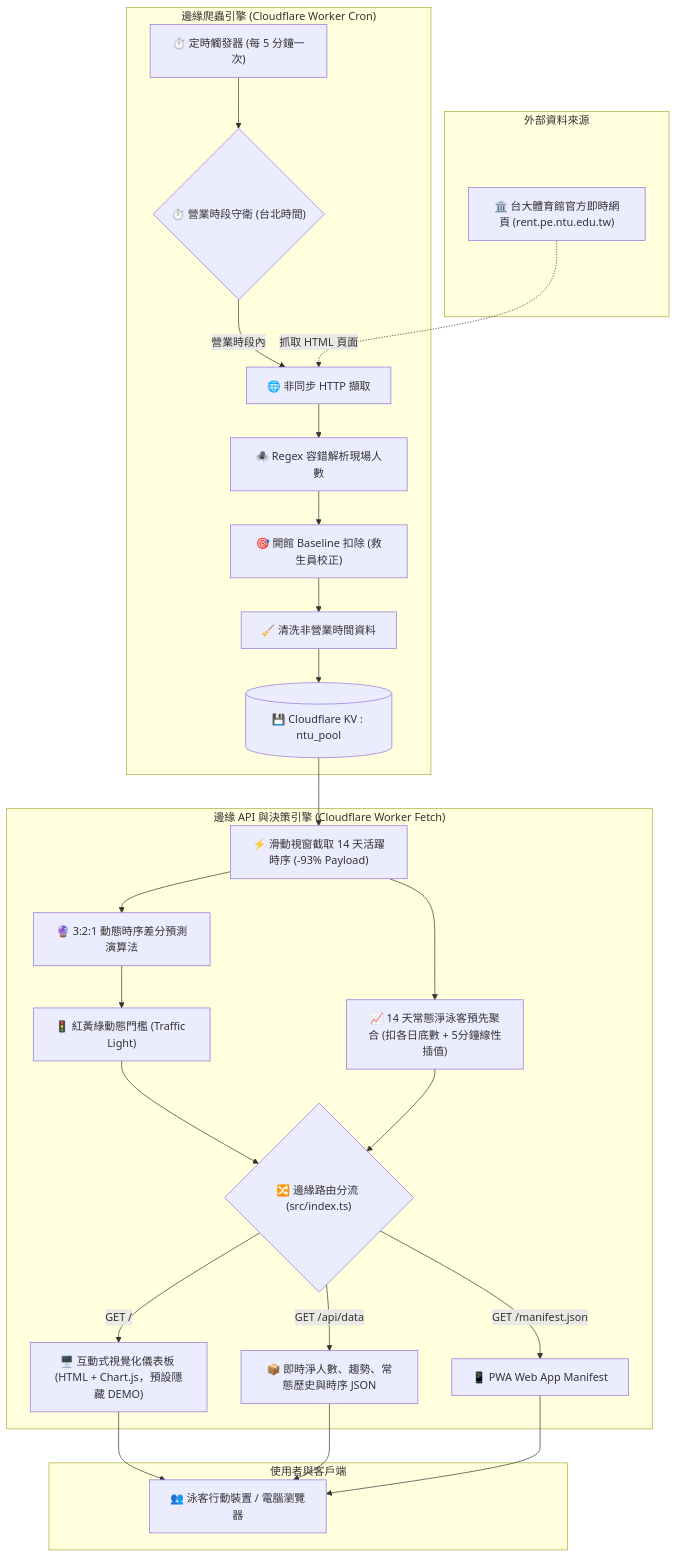
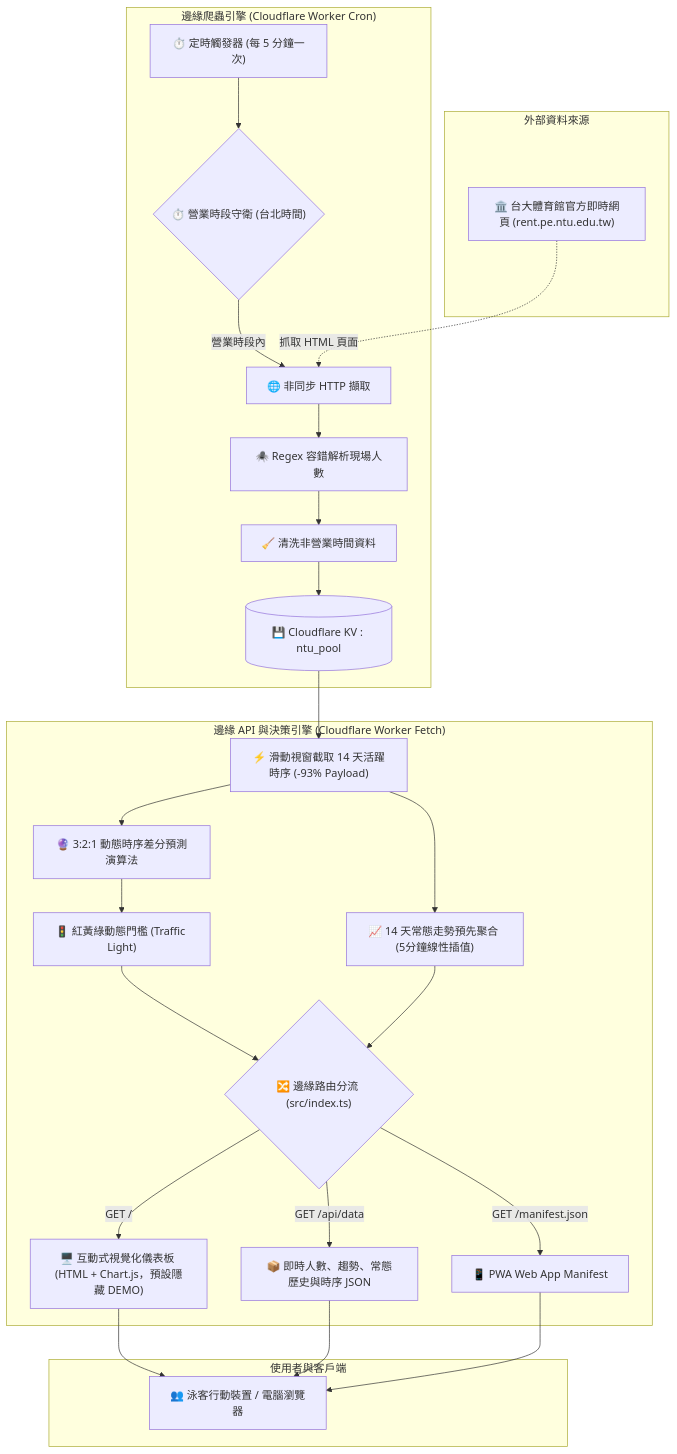
One commit to 8915ethan/ntu-pool changed the diagram in README.md. Above: the diagram before and after it, drawn with Mermaid. The commit also changed other lines of this file and 1 other file, not shown here.

Commit message:
docs: align with raw official headcount and remove baseline deduction

````diff
--- a/README.md
+++ b/README.md
@@ -45,35 +45,34 @@
 ```mermaid
 flowchart TD
     subgraph External["外部資料來源"]
         NTU["🏛️ 台大體育館官方即時網頁 (rent.pe.ntu.edu.tw)"]
     end
 
     subgraph CrawlerEngine["邊緣爬蟲引擎 (Cloudflare Worker Cron)"]
         Cron["⏱️ 定時觸發器 (每 5 分鐘一次)"] --> Guard{"⏱️ 營業時段守衛 (台北時間)"}
         Guard -->|營業時段內| Fetcher["🌐 非同步 HTTP 擷取"]
         NTU -. 抓取 HTML 頁面 .-> Fetcher
         Fetcher --> Regex["🕷️ Regex 容錯解析現場人數"]
-        Regex --> Baseline["🎯 開館 Baseline 扣除 (救生員校正)"]
-        Baseline --> Sanitizer["🧹 清洗非營業時間資料"]
+        Regex --> Sanitizer["🧹 清洗非營業時間資料"]
         Sanitizer --> KV[("💾 Cloudflare KV : ntu_pool")]
     end
 
     subgraph ServiceEngine["邊緣 API 與決策引擎 (Cloudflare Worker Fetch)"]
         KV --> Window["⚡ 滑動視窗截取 14 天活躍時序 (-93% Payload)"]
-        Window --> TypCalc["📈 14 天常態淨泳客預先聚合 (扣各日底數 + 5分鐘線性插值)"]
+        Window --> TypCalc["📈 14 天常態走勢預先聚合 (5分鐘線性插值)"]
         Window --> Algo["🔮 3:2:1 動態時序差分預測演算法"]
         Algo --> Threshold["🚦 紅黃綠動態門檻 (Traffic Light)"]
         Threshold --> Routes{"🔀 邊緣路由分流 (src/index.ts)"}
         TypCalc --> Routes
         
         Routes -->|GET /| Dashboard["🖥️ 互動式視覺化儀表板 (HTML + Chart.js，預設隱藏 DEMO)"]
-        Routes -->|GET /api/data| API["📦 即時淨人數、趨勢、常態歷史與時序 JSON"]
+        Routes -->|GET /api/data| API["📦 即時人數、趨勢、常態歷史與時序 JSON"]
         Routes -->|GET /manifest.json| PWA["📱 PWA Web App Manifest"]
     end
 
     subgraph Clients["使用者與客戶端"]
         Dashboard --> Users["👥 泳客行動裝置 / 電腦瀏覽器"]
         API --> Users
         PWA --> Users
     end
 ```
````
